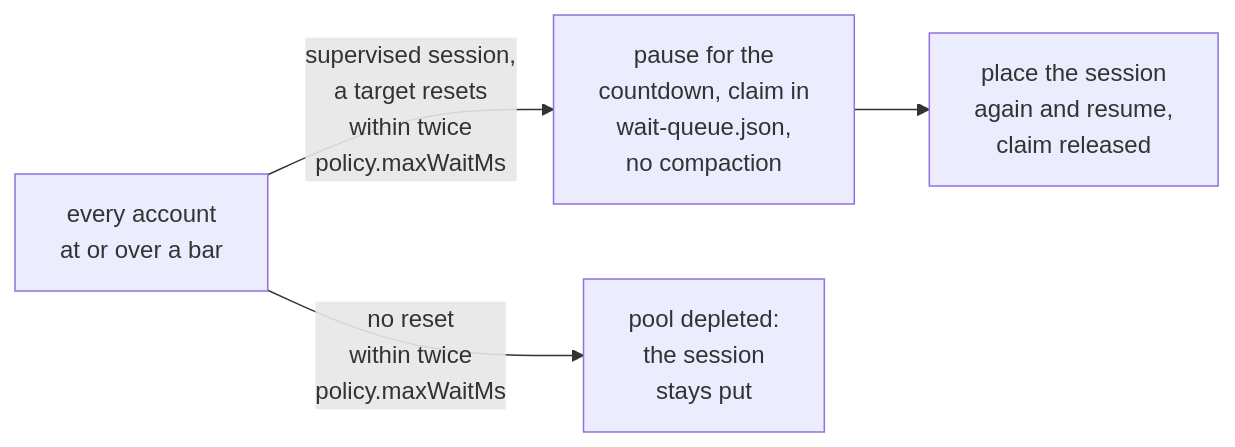
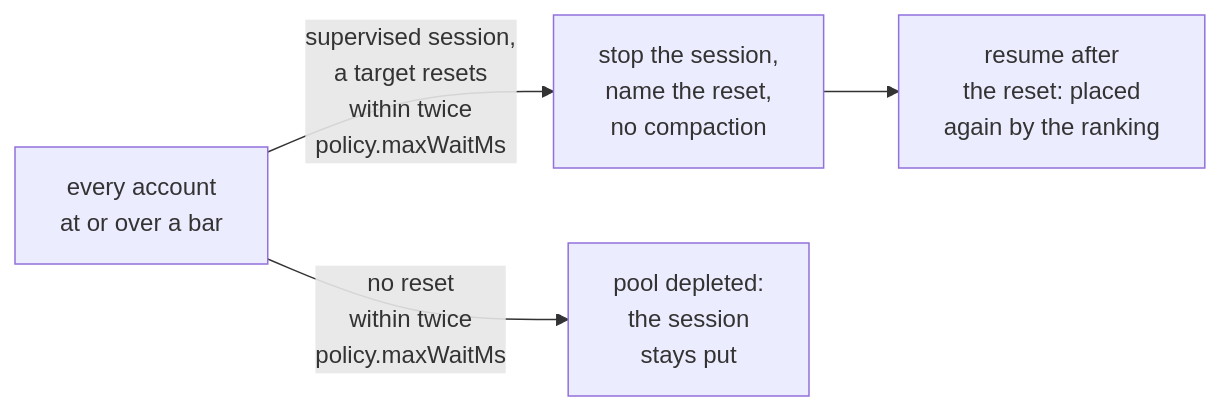
The third of 8 diagrams in docs/content/docs/switching.mdx (anaclumos/tokenmaxxing), drawn with Mermaid before and after one commit. The commit also changed other lines of this file and 16 other files, not shown here.

First line of the commit message:
fix: stop a depleted session with a usage-limit result instead of parking it (#428)

````diff
--- a/docs/content/docs/switching.mdx
+++ b/docs/content/docs/switching.mdx
@@ -166,6 +166,6 @@
 ```mermaid
 flowchart LR
-  bar["every account<br/>at or over a bar"] -->|"supervised session,<br/>a target resets<br/>within twice<br/>policy.maxWaitMs"| countdown["pause for the<br/>countdown, claim in<br/>wait-queue.json,<br/>no compaction"]
-  countdown --> resume["place the session<br/>again and resume,<br/>claim released"]
+  bar["every account<br/>at or over a bar"] -->|"supervised session,<br/>a target resets<br/>within twice<br/>policy.maxWaitMs"| stop["stop the session,<br/>name the reset,<br/>no compaction"]
+  stop --> resume["resume after<br/>the reset: placed<br/>again by the ranking"]
   bar -->|"no reset<br/>within twice<br/>policy.maxWaitMs"| depleted["pool depleted:<br/>the session<br/>stays put"]
 ```
````
